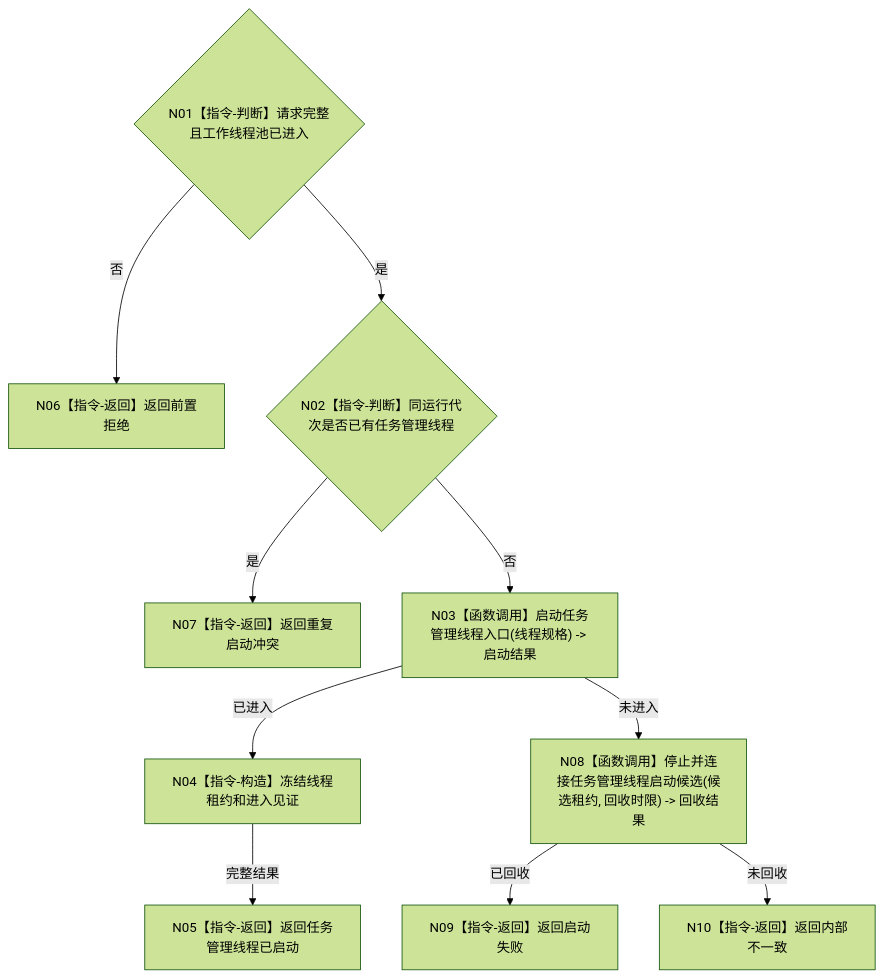
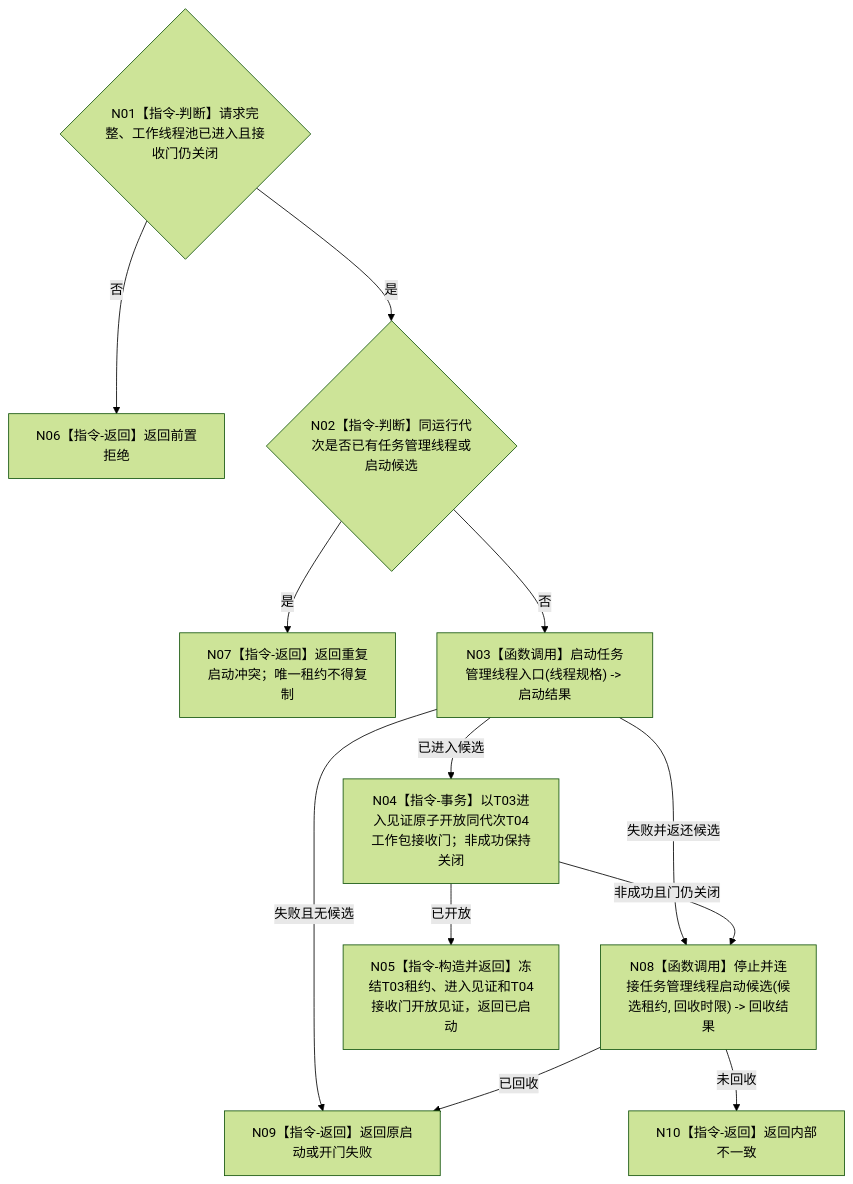
Before and after one commit to chunhaizh-cyber/HY-Ego: the diagram in 流程图/目标业务流程图/L2/BIZ-L2-001-06_启动任务管理线程_目标函数流程图_v0.1.md, drawn with Mermaid (forest theme). The commit also changed other lines of this file and 17 other files, not shown here.

````diff
--- a/流程图/目标业务流程图/L2/BIZ-L2-001-06_启动任务管理线程_目标函数流程图_v0.1.md
+++ b/流程图/目标业务流程图/L2/BIZ-L2-001-06_启动任务管理线程_目标函数流程图_v0.1.md
@@ -29,12 +29,14 @@
 ```mermaid
 flowchart TD
-    N01{"N01【指令-判断】请求完整且工作线程池已进入"} -->|否| N06["N06【指令-返回】返回前置拒绝"]
-    N01 -->|是| N02{"N02【指令-判断】同运行代次是否已有任务管理线程"}
-    N02 -->|是| N07["N07【指令-返回】返回重复启动冲突"]
+    N01{"N01【指令-判断】请求完整、工作线程池已进入且接收门仍关闭"} -->|否| N06["N06【指令-返回】返回前置拒绝"]
+    N01 -->|是| N02{"N02【指令-判断】同运行代次是否已有任务管理线程或启动候选"}
+    N02 -->|是| N07["N07【指令-返回】返回重复启动冲突；唯一租约不得复制"]
     N02 -->|否| N03["N03【函数调用】启动任务管理线程入口(线程规格) -> 启动结果"]
-    N03 -->|已进入| N04["N04【指令-构造】冻结线程租约和进入见证"]
-    N03 -->|未进入| N08["N08【函数调用】停止并连接任务管理线程启动候选(候选租约, 回收时限) -> 回收结果"]
-    N04 -->|完整结果| N05["N05【指令-返回】返回任务管理线程已启动"]
-    N08 -->|已回收| N09["N09【指令-返回】返回启动失败"]
+    N03 -->|已进入候选| N04["N04【指令-事务】以T03进入见证原子开放同代次T04工作包接收门；非成功保持关闭"]
+    N03 -->|失败且无候选| N09["N09【指令-返回】返回原启动或开门失败"]
+    N03 -->|失败并返还候选| N08["N08【函数调用】停止并连接任务管理线程启动候选(候选租约, 回收时限) -> 回收结果"]
+    N04 -->|已开放| N05["N05【指令-构造并返回】冻结T03租约、进入见证和T04接收门开放见证，返回已启动"]
+    N04 -->|非成功且门仍关闭| N08
+    N08 -->|已回收| N09
     N08 -->|未回收| N10["N10【指令-返回】返回内部不一致"]
 ```
````
